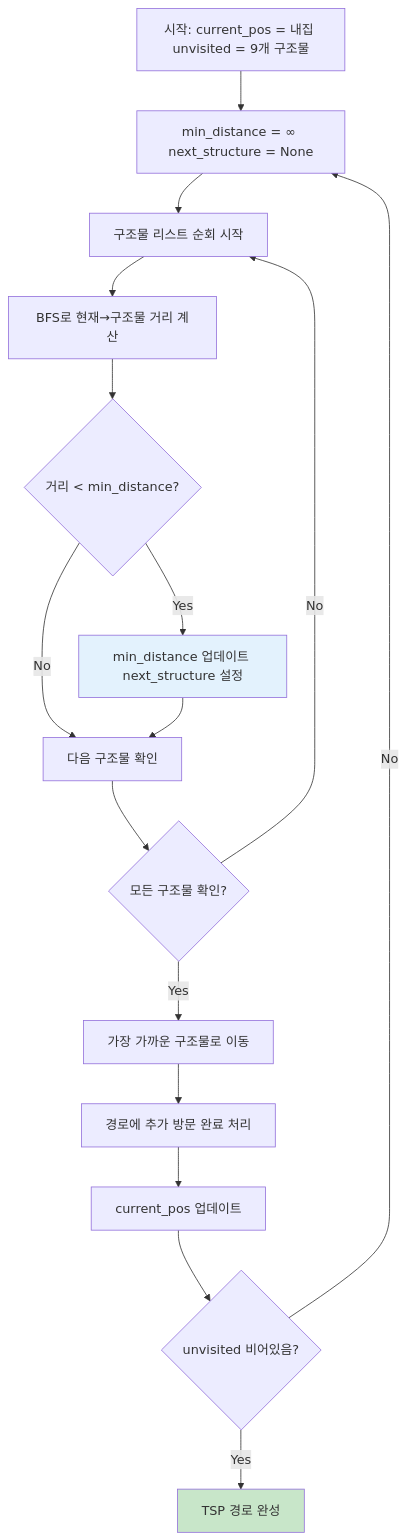
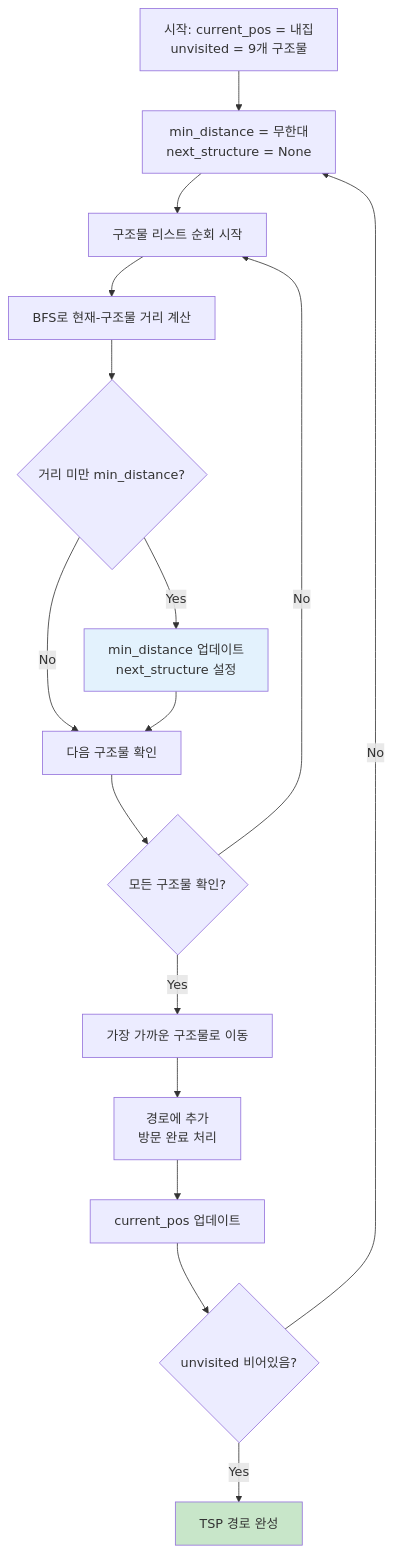
One commit to SteelCrab/ia-codyssey changed the second of 6 diagrams in 보너스_모든구조물방문.md. Above: the diagram before and after it, drawn with Mermaid. The commit also changed other lines of this file, not shown here.

````diff
--- a/보너스_모든구조물방문.md
+++ b/보너스_모든구조물방문.md
@@ -143,27 +143,31 @@
 ```mermaid
 graph TD
-    A[시작: current_pos = 내집 unvisited = 9개 구조물] --> B[min_distance = ∞ next_structure = None]
+    A["시작: current_pos = 내집
+    unvisited = 9개 구조물"] --> B["min_distance = 무한대
+    next_structure = None"]
     
     B --> C[구조물 리스트 순회 시작]
-    C --> D[BFS로 현재→구조물 거리 계산]
-    D --> E{거리 < min_distance?}
+    C --> D[BFS로 현재-구조물 거리 계산]
+    D --> E{거리 미만 min_distance?}
     
-    E -->|Yes| F[min_distance 업데이트 next_structure 설정]
+    E -->|Yes| F["min_distance 업데이트
+    next_structure 설정"]
     E -->|No| G[다음 구조물 확인]
     
     F --> G
     G --> H{모든 구조물 확인?}
     
     H -->|No| C
     H -->|Yes| I[가장 가까운 구조물로 이동]
     
-    I --> J[경로에 추가 방문 완료 처리]
+    I --> J["경로에 추가
+    방문 완료 처리"]
     J --> K[current_pos 업데이트]
     K --> L{unvisited 비어있음?}
     
     L -->|No| B
     L -->|Yes| M[TSP 경로 완성]
     
     style M fill:#c8e6c9
     style F fill:#e3f2fd
 ```
````
